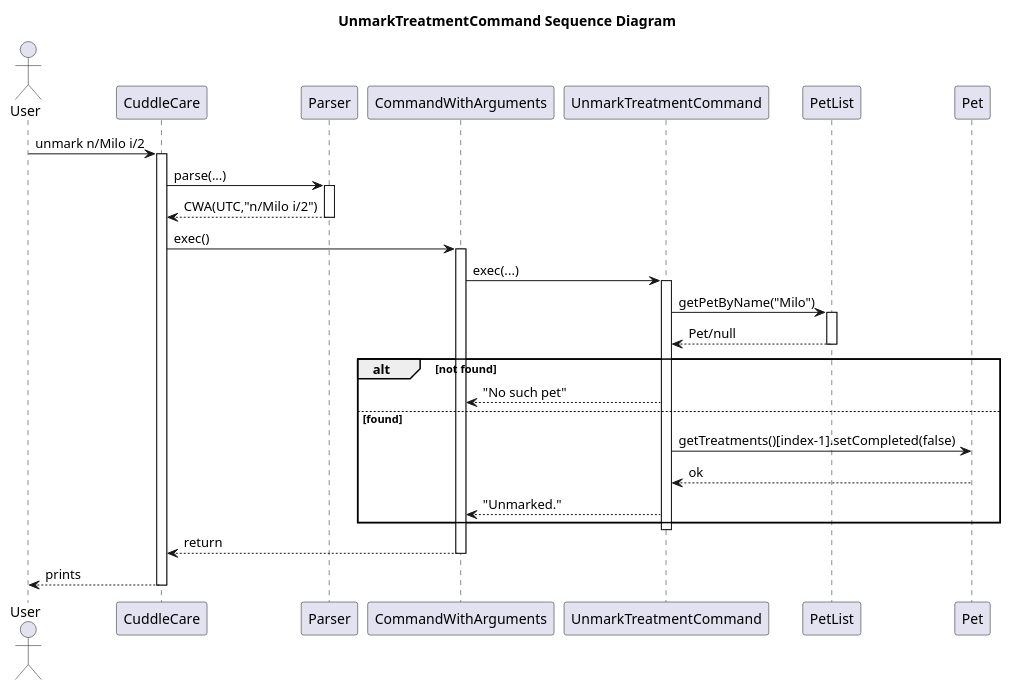
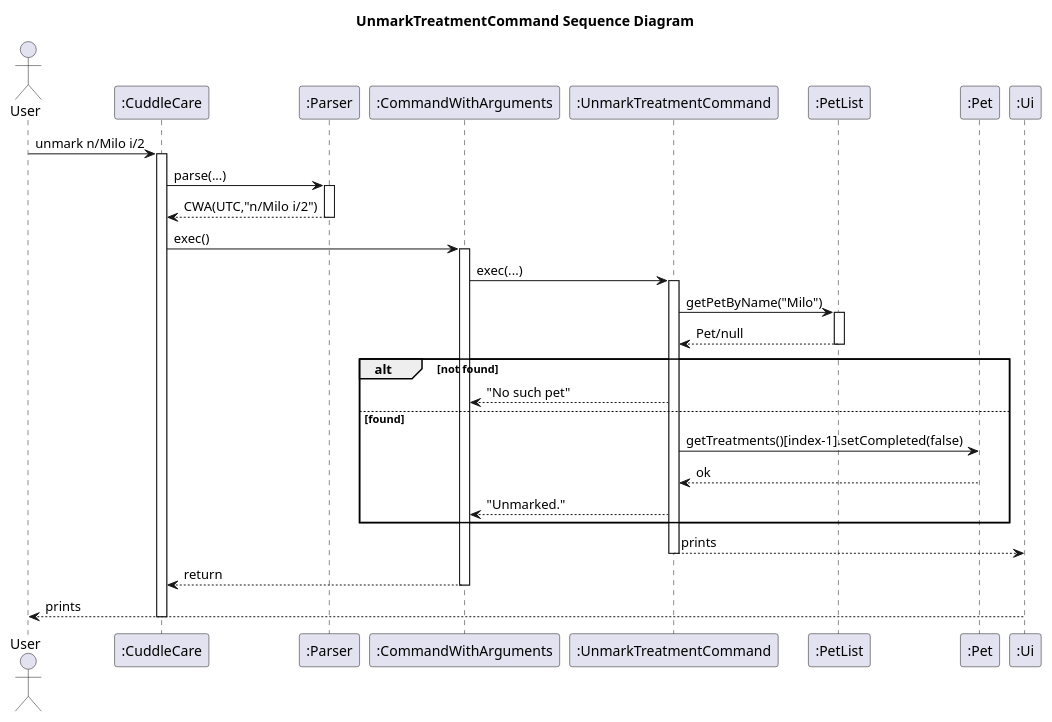
The diagram in docs/uml/UnmarkTreatmentCommand_Sequence_Diagram.puml (Kevin88866/tp), drawn with PlantUML before and after one commit. The commit also changed 19 other files, not shown here.

First line of the commit message:
update class and sequence diagram of listpet, mark/unmarktreatments, edit pet, group treatments by type

```diff
--- a/docs/uml/UnmarkTreatmentCommand_Sequence_Diagram.puml
+++ b/docs/uml/UnmarkTreatmentCommand_Sequence_Diagram.puml
@@ -1,39 +1,41 @@
 @startuml
 title UnmarkTreatmentCommand Sequence Diagram
 actor User
-participant CuddleCare
-participant Parser
-participant CommandWithArguments as CWA
-participant UnmarkTreatmentCommand as UTC
-participant PetList
-participant Pet
+participant ":CuddleCare" as CuddleCare
+participant ":Parser" as Parser
+participant ":CommandWithArguments" as CWA
+participant ":UnmarkTreatmentCommand" as UTC
+participant ":PetList" as PetList
+participant ":Pet" as Pet
+participant ":Ui" as Ui
 
 User -> CuddleCare : unmark n/Milo i/2
 activate CuddleCare
 CuddleCare -> Parser : parse(...)
 activate Parser
 Parser --> CuddleCare : CWA(UTC,"n/Milo i/2")
 deactivate Parser
 
 CuddleCare -> CWA : exec()
 activate CWA
 CWA -> UTC : exec(...)
 activate UTC
 UTC -> PetList : getPetByName("Milo")
 activate PetList
 PetList --> UTC : Pet/null
 deactivate PetList
 
 alt not found
   UTC --> CWA : "No such pet"
 else found
   UTC -> Pet : getTreatments()[index-1].setCompleted(false)
   Pet --> UTC : ok
   UTC --> CWA : "Unmarked."
 end
+  UTC --> Ui : prints
 deactivate UTC
 CWA --> CuddleCare : return
 deactivate CWA
-CuddleCare --> User : prints
+Ui --> User : prints
 deactivate CuddleCare
 @enduml
```
